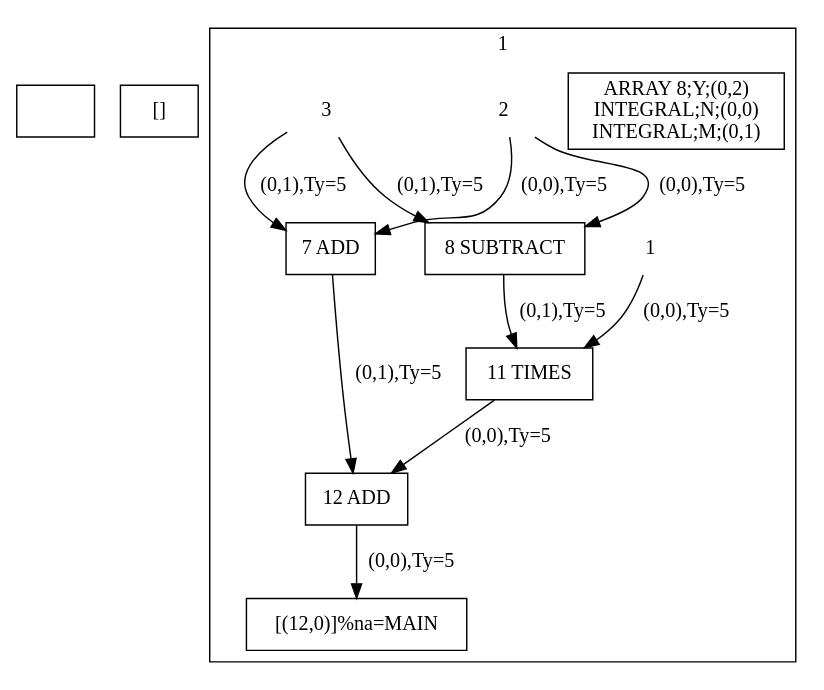
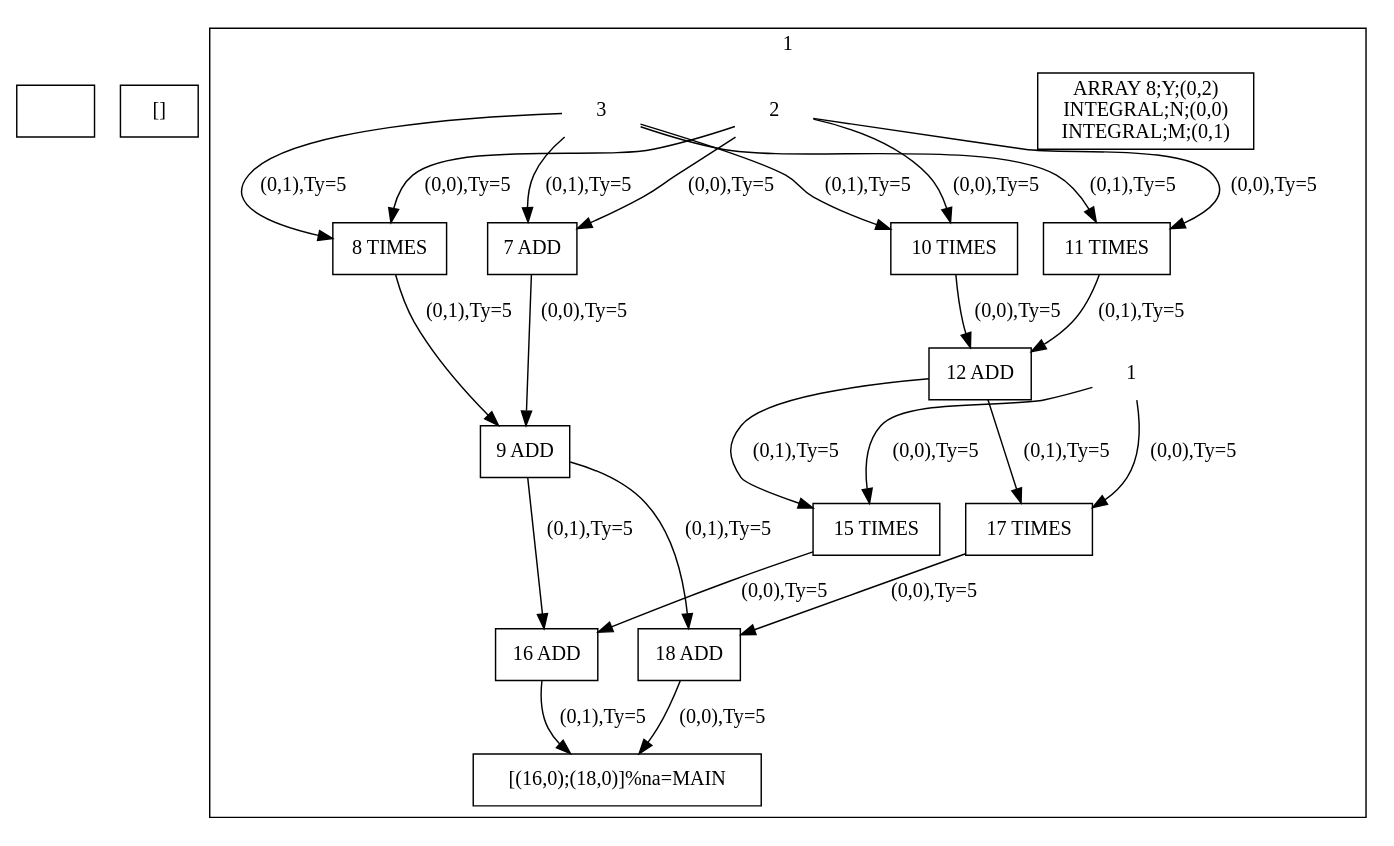
One commit to qram9/sisal changed the diagram in mydot.dot. Above: the diagram before and after it, drawn with Graphviz. The commit also changed 8 other files, not shown here.

```diff
--- a/mydot.dot
+++ b/mydot.dot
@@ -1,25 +1,44 @@
 digraph R {
 newrank=true;
 IN00 [shape=rect;label=""];
 OUT00 [shape=rect;label="[]"];
 subgraph cluster_01 {
 label="1 ";
 IN01 [shape=rect;label="ARRAY 8;Y;(0,2)\nINTEGRAL;N;(0,0)\nINTEGRAL;M;(0,1)"];
-OUT01 [shape=rect;label="[(12,0)]%na=MAIN"];
+OUT01 [shape=rect;label="[(16,0);(18,0)]%na=MAIN"];
 11 [shape=plaintext;label="1"];
 13 [shape=plaintext;label="2"];
 15 [shape=plaintext;label="3"];
 17 [shape=rect;label="7 ADD"];
-18 [shape=rect;label="8 SUBTRACT"];
+18 [shape=rect;label="8 TIMES"];
+19 [shape=rect;label="9 ADD"];
+110 [shape=rect;label="10 TIMES"];
 111 [shape=rect;label="11 TIMES"];
-112 [shape=rect;label="12 ADD"]
-11 ->  111 [label="(0,0),Ty=5"]
+112 [shape=rect;label="12 ADD"];
+115 [shape=rect;label="15 TIMES"];
+116 [shape=rect;label="16 ADD"];
+117 [shape=rect;label="17 TIMES"];
+118 [shape=rect;label="18 ADD"]
+11 ->  115 [label="(0,0),Ty=5"]
+11 ->  117 [label="(0,0),Ty=5"]
 13 ->  17 [label="(0,0),Ty=5"]
 13 ->  18 [label="(0,0),Ty=5"]
+13 ->  110 [label="(0,0),Ty=5"]
+13 ->  111 [label="(0,0),Ty=5"]
 15 ->  17 [label="(0,1),Ty=5"]
 15 ->  18 [label="(0,1),Ty=5"]
-17 ->  112 [label="(0,1),Ty=5"]
-18 ->  111 [label="(0,1),Ty=5"]
-111 ->  112 [label="(0,0),Ty=5"]
-112 ->  OUT01 [label="(0,0),Ty=5"]
+15 ->  110 [label="(0,1),Ty=5"]
+15 ->  111 [label="(0,1),Ty=5"]
+17 ->  19 [label="(0,0),Ty=5"]
+18 ->  19 [label="(0,1),Ty=5"]
+19 ->  116 [label="(0,1),Ty=5"]
+19 ->  118 [label="(0,1),Ty=5"]
+110 ->  112 [label="(0,0),Ty=5"]
+111 ->  112 [label="(0,1),Ty=5"]
+112 ->  115 [label="(0,1),Ty=5"]
+112 ->  117 [label="(0,1),Ty=5"]
+115 ->  116 [label="(0,0),Ty=5"]
+116 ->  OUT01 [label="(0,1),Ty=5"]
+117 ->  118 [label="(0,0),Ty=5"]
+118 ->  OUT01 [label="(0,0),Ty=5"]
 }}
```
